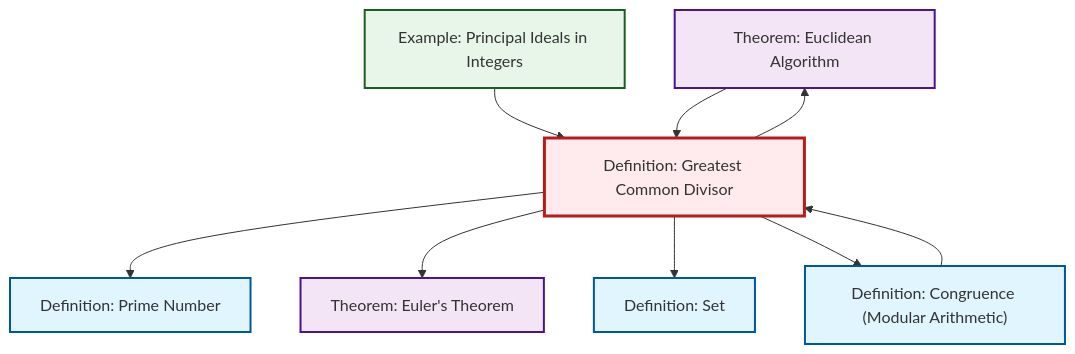
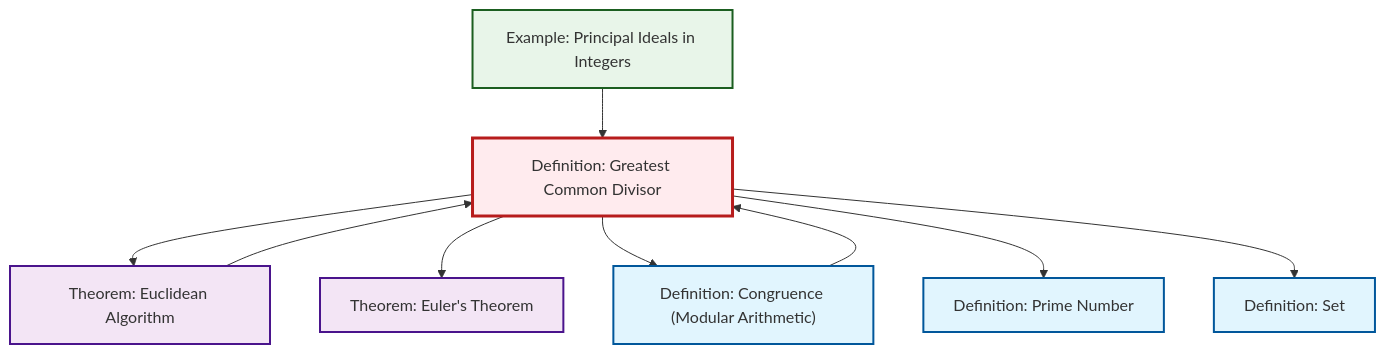
Before and after one commit to RK0429/ModernMath: the second of 2 diagrams in content/en/number-theory/def-gcd.qmd, drawn with Mermaid. The commit also changed other lines of this file and 474 other files, not shown here.

````diff
--- a/content/en/number-theory/def-gcd.qmd
+++ b/content/en/number-theory/def-gcd.qmd
@@ -91,31 +91,31 @@
 ```{mermaid}
 %%| fig-cap: "Local dependency graph"
 graph TD
     classDef definition fill:#e1f5fe,stroke:#01579b,stroke-width:2px
     classDef theorem fill:#f3e5f5,stroke:#4a148c,stroke-width:2px
     classDef axiom fill:#fff3e0,stroke:#e65100,stroke-width:2px
     classDef example fill:#e8f5e9,stroke:#1b5e20,stroke-width:2px
     classDef current fill:#ffebee,stroke:#b71c1c,stroke-width:3px
+    thm-euler["Theorem: Euler's Theorem"]:::theorem
+    def-prime["Definition: Prime Number"]:::definition
     def-set["Definition: Set"]:::definition
+    def-gcd["Definition: Greatest Common Divisor"]:::definition
+    ex-principal-ideal["Example: Principal Ideals in Integers"]:::example
     thm-euclidean-algorithm["Theorem: Euclidean Algorithm"]:::theorem
-    def-prime["Definition: Prime Number"]:::definition
-    ex-principal-ideal["Example: Principal Ideals in Integers"]:::example
-    def-gcd["Definition: Greatest Common Divisor"]:::definition
-    thm-euler["Theorem: Euler's Theorem"]:::theorem
     def-congruence["Definition: Congruence (Modular Arithmetic)"]:::definition
     def-gcd --> thm-euclidean-algorithm
+    def-gcd --> thm-euler
+    def-congruence --> def-gcd
+    def-gcd --> def-congruence
+    def-gcd --> def-prime
     ex-principal-ideal --> def-gcd
     thm-euclidean-algorithm --> def-gcd
-    def-gcd --> def-prime
-    def-gcd --> thm-euler
-    def-congruence --> def-gcd
     def-gcd --> def-set
-    def-gcd --> def-congruence
     class def-gcd current
+    click thm-euler "thm-euler.html" "Go to Euler's Theorem theorem"
+    click def-prime "def-prime.html" "Go to Prime Number definition"
     click def-set "def-set.html" "Go to Set definition"
+    click ex-principal-ideal "ex-principal-ideal.html" "Go to Principal Ideals in Integers example"
     click thm-euclidean-algorithm "thm-euclidean-algorithm.html" "Go to Euclidean Algorithm theorem"
-    click def-prime "def-prime.html" "Go to Prime Number definition"
-    click ex-principal-ideal "ex-principal-ideal.html" "Go to Principal Ideals in Integers example"
-    click thm-euler "thm-euler.html" "Go to Euler's Theorem theorem"
     click def-congruence "def-congruence.html" "Go to Congruence (Modular Arithmetic) definition"
 ```
````
